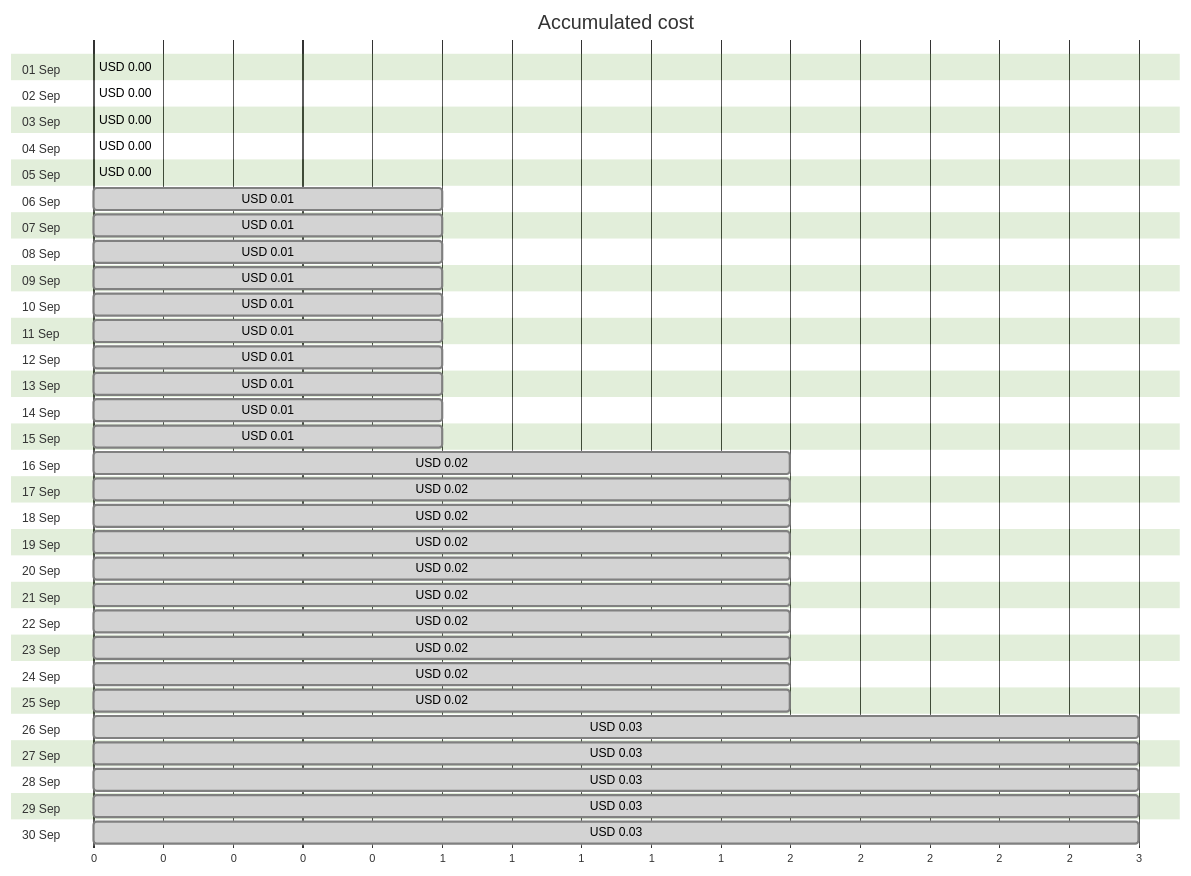
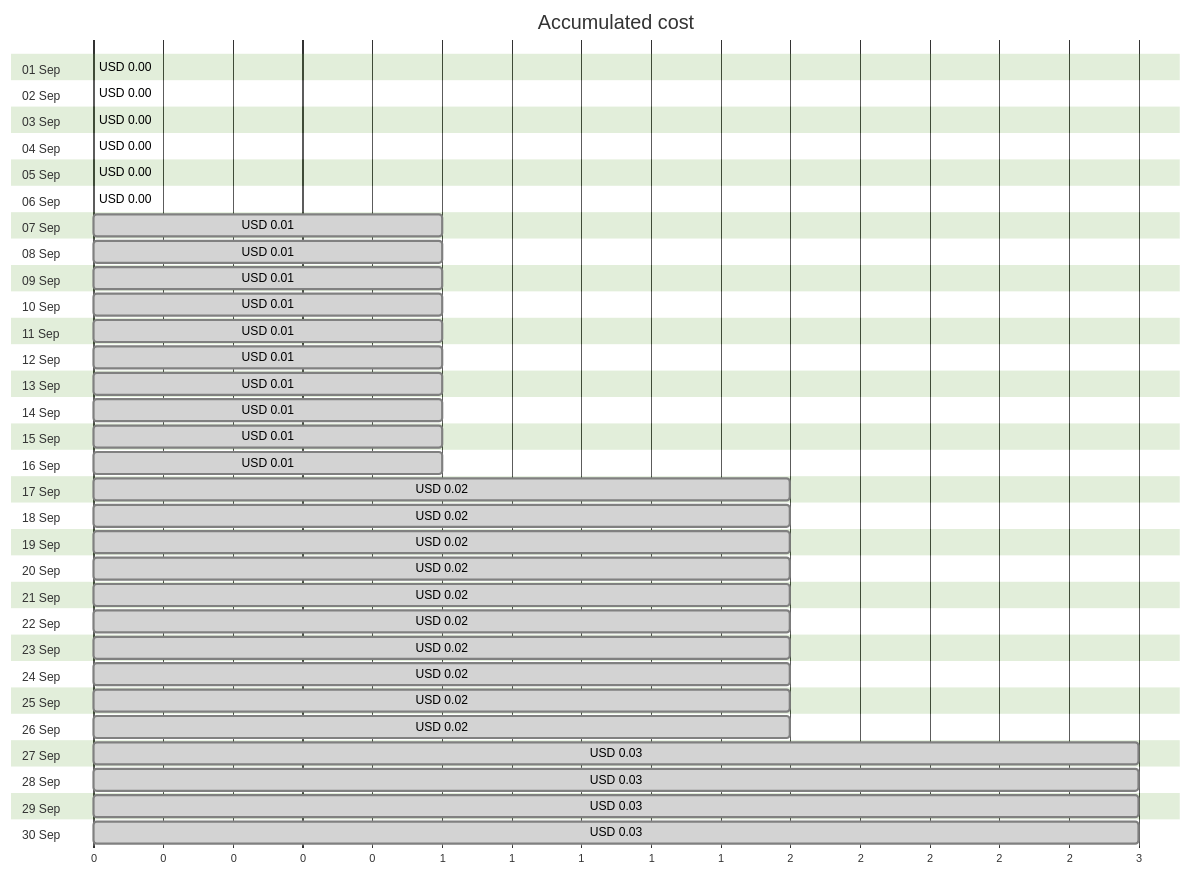
The first of 4 diagrams in cost-reports/personal-site/personalsiteapipreview.md (jpfulton/azure-personal-reports), drawn with Mermaid (forest theme) before and after one commit. The commit also changed other lines of this file and 6 other files, not shown here.

````diff
--- a/cost-reports/personal-site/personalsiteapipreview.md
+++ b/cost-reports/personal-site/personalsiteapipreview.md
@@ -20,66 +20,66 @@
 ```mermaid
 gantt
    title Accumulated cost
    dateFormat  X
    axisFormat %s
    section 01 Sep
    USD 0.00 :0, 0
    section 02 Sep
    USD 0.00 :0, 0
    section 03 Sep
-   USD 0.00 : done, 0, 0
+   USD 0.00 :0, 0
    section 04 Sep
    USD 0.00 : done, 0, 0
    section 05 Sep
    USD 0.00 : done, 0, 0
    section 06 Sep
-   USD 0.01 : done, 0, 1
+   USD 0.00 : done, 0, 0
    section 07 Sep
    USD 0.01 : done, 0, 1
    section 08 Sep
    USD 0.01 : done, 0, 1
    section 09 Sep
    USD 0.01 : done, 0, 1
    section 10 Sep
    USD 0.01 : done, 0, 1
    section 11 Sep
    USD 0.01 : done, 0, 1
    section 12 Sep
    USD 0.01 : done, 0, 1
    section 13 Sep
    USD 0.01 : done, 0, 1
    section 14 Sep
    USD 0.01 : done, 0, 1
    section 15 Sep
    USD 0.01 : done, 0, 1
    section 16 Sep
-   USD 0.02 : done, 0, 2
+   USD 0.01 : done, 0, 1
    section 17 Sep
    USD 0.02 : done, 0, 2
    section 18 Sep
    USD 0.02 : done, 0, 2
    section 19 Sep
    USD 0.02 : done, 0, 2
    section 20 Sep
    USD 0.02 : done, 0, 2
    section 21 Sep
    USD 0.02 : done, 0, 2
    section 22 Sep
    USD 0.02 : done, 0, 2
    section 23 Sep
    USD 0.02 : done, 0, 2
    section 24 Sep
    USD 0.02 : done, 0, 2
    section 25 Sep
    USD 0.02 : done, 0, 2
    section 26 Sep
-   USD 0.03 : done, 0, 3
+   USD 0.02 : done, 0, 2
    section 27 Sep
    USD 0.03 : done, 0, 3
    section 28 Sep
    USD 0.03 : done, 0, 3
    section 29 Sep
    USD 0.03 : done, 0, 3
    section 30 Sep
    USD 0.03 : done, 0, 3
 ```
````
